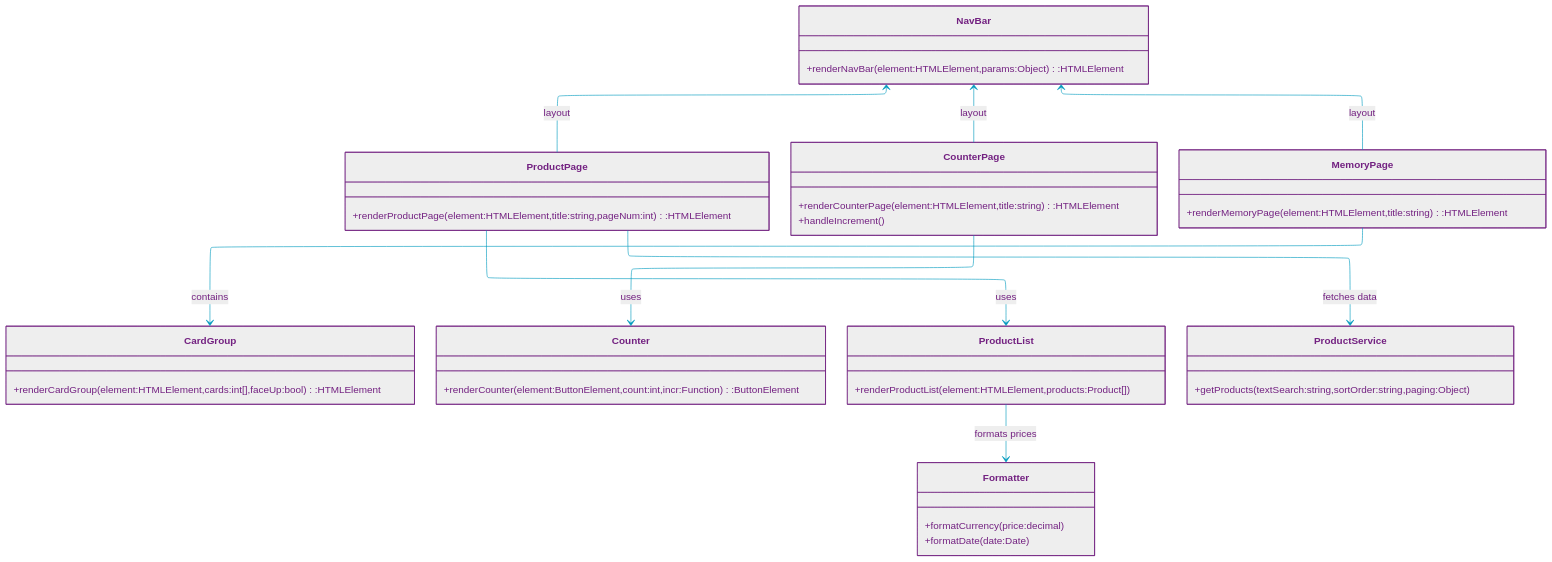
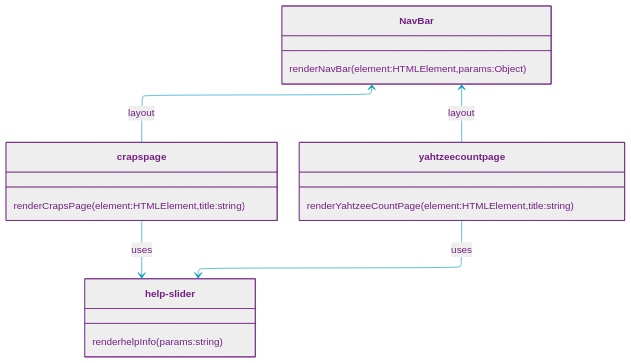
The diagram in uml/icd.md (null-0ne/COSA-195-Gamehub), drawn with Mermaid before and after one commit. The commit also changed 6 other files, not shown here.

````diff
--- a/uml/icd.md
+++ b/uml/icd.md
@@ -3,62 +3,32 @@
 ```mermaid
 %%{init:{"securityLevel":"loose","layout":"elk","elk":{"nodePlacementStrategy":"NETWORK_SIMPLEX"},"theme":"base",
 "themeVariables":{"primaryColor":"#EEE","primaryTextColor":"#732181","primaryBorderColor":"#732181","lineColor":"#009ABE","noteBorderColor":"#732181","noteBkgColor":"#F38A00","activationBkgColor":"#F38A00"    }
 }}%%
 %%----------------------- MERMAID MARKUP BELOW --------------------%%
 classDiagram
 %%  direction LR
 
-    class ProductPage {
-        +renderProductPage(element:HTMLElement,title:string,pageNum:int):HTMLElement
+    class crapspage {
+        renderCrapsPage(element:HTMLElement,title:string)
     }
-
-    class CounterPage {
-        +renderCounterPage(element:HTMLElement,title:string):HTMLElement
-        +handleIncrement()
+    class yahtzeecountpage {
+        renderYahtzeeCountPage(element:HTMLElement,title:string)
     }
-
-    class MemoryPage {
-        +renderMemoryPage(element:HTMLElement,title:string):HTMLElement
+    class NavBar {
+        renderNavBar(element:HTMLElement,params:Object)
     }
-
-    class NavBar {
-        +renderNavBar(element:HTMLElement,params:Object):HTMLElement
-    }
-
-    class CardGroup {
-        +renderCardGroup(element:HTMLElement,cards:int[],faceUp:bool):HTMLElement
-    }
-
-    class Counter {
-        +renderCounter(element:ButtonElement,count:int,incr:Function):ButtonElement
-    }
-
-    class ProductList {
-        +renderProductList(element:HTMLElement,products:Product[])
-    }
-
-    class ProductService {
-        +getProducts(textSearch:string,sortOrder:string,paging:Object)
-    }
-
-    class Formatter {
-        +formatCurrency(price:decimal)
-        +formatDate(date:Date)
+    class help-slider {
+        renderhelpInfo(params:string)
     }
 
     %% Relationships
-    NavBar <-- ProductPage : layout
-    NavBar <-- CounterPage : layout
-    NavBar <-- MemoryPage : layout
-    
-    ProductPage --> ProductService : fetches data
-    ProductPage --> ProductList : uses
-    CounterPage --> Counter : uses
-    MemoryPage --> CardGroup : contains
-    ProductList --> Formatter : formats prices
+        NavBar <-- crapspage : layout
+        NavBar <-- yahtzeecountpage : layout
+        yahtzeecountpage --> help-slider: uses
+        crapspage --> help-slider: uses
     
 
 
 
 %%----------------------- MERMAID MARKUP ABOVE --------------------%%    
 ```
````
